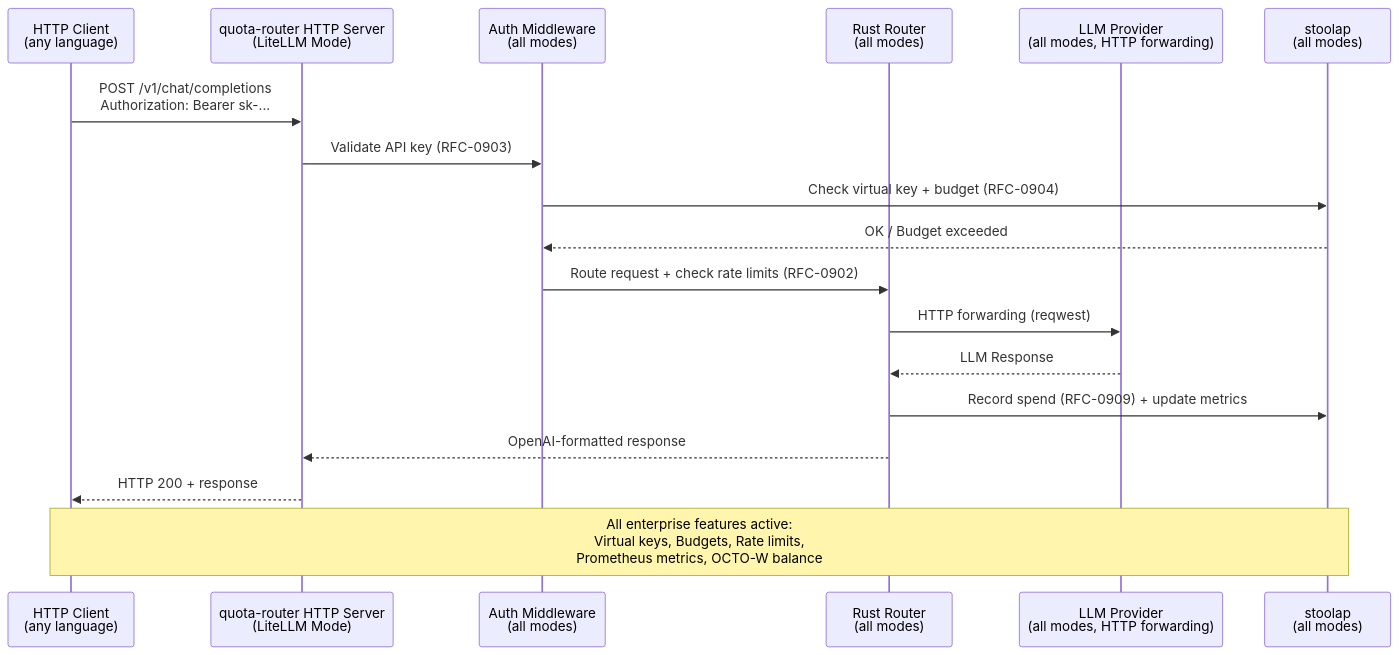
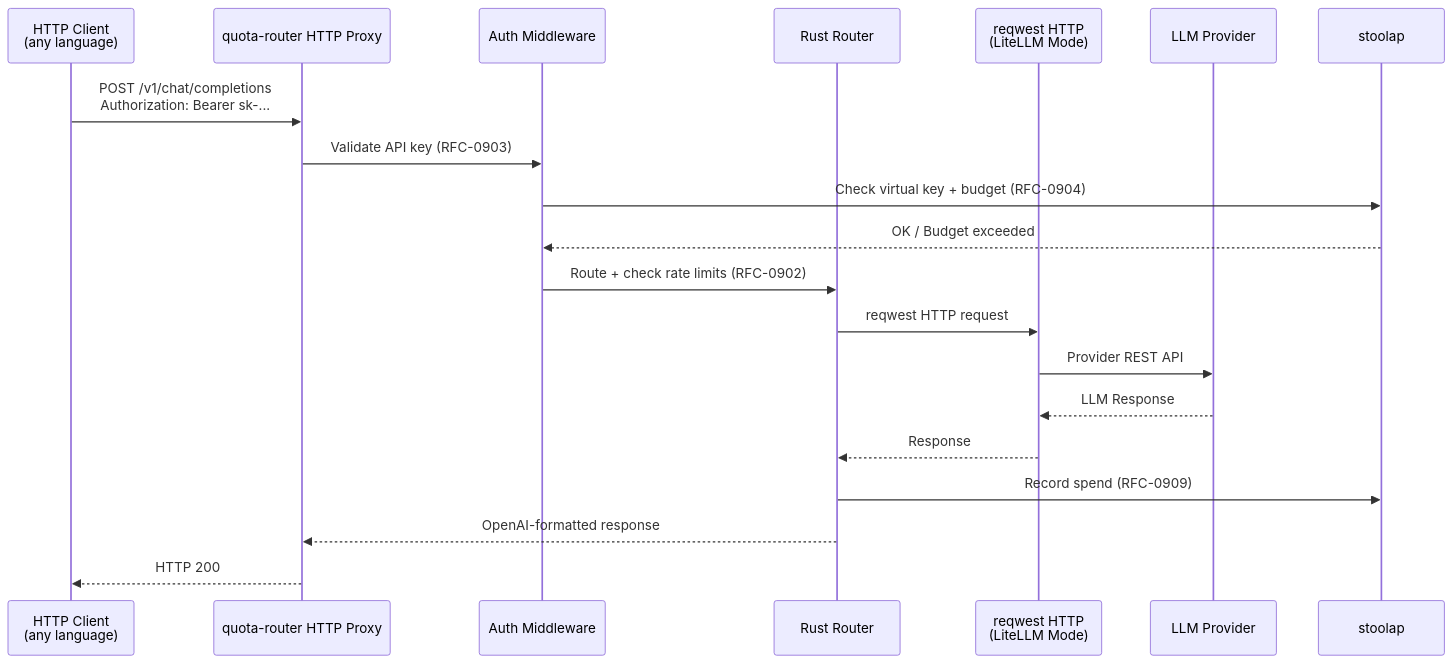
The second of 3 diagrams in rfcs/draft/economics/0917-dual-mode-query-router.md (CipherOcto/cipherocto), drawn with Mermaid before and after one commit. The commit also changed other lines of this file, not shown here.

````diff
--- a/rfcs/draft/economics/0917-dual-mode-query-router.md
+++ b/rfcs/draft/economics/0917-dual-mode-query-router.md
@@ -151,22 +219,23 @@
 ```mermaid
 sequenceDiagram
     participant Client as HTTP Client<br/>(any language)
-    participant Gateway as quota-router HTTP Server<br/>(LiteLLM Mode)
-    participant Auth as Auth Middleware<br/>(all modes)
-    participant Router as Rust Router<br/>(all modes)
-    participant Provider as LLM Provider<br/>(all modes, HTTP forwarding)
-    participant Storage as stoolap<br/>(all modes)
+    participant Gateway as quota-router HTTP Proxy
+    participant Auth as Auth Middleware
+    participant Router as Rust Router
+    participant HTTP as reqwest HTTP<br/>(LiteLLM Mode)
+    participant Provider as LLM Provider
+    participant Storage as stoolap
 
     Client->>Gateway: POST /v1/chat/completions<br/>Authorization: Bearer sk-...
     Gateway->>Auth: Validate API key (RFC-0903)
     Auth->>Storage: Check virtual key + budget (RFC-0904)
     Storage-->>Auth: OK / Budget exceeded
-    Auth->>Router: Route request + check rate limits (RFC-0902)
-    Router->>Provider: HTTP forwarding (reqwest)
-    Provider-->>Router: LLM Response
-    Router->>Storage: Record spend (RFC-0909) + update metrics
+    Auth->>Router: Route + check rate limits (RFC-0902)
+    Router->>HTTP: reqwest HTTP request
+    HTTP->>Provider: Provider REST API
+    Provider-->>HTTP: LLM Response
+    HTTP-->>Router: Response
+    Router->>Storage: Record spend (RFC-0909)
     Router-->>Gateway: OpenAI-formatted response
-    Gateway-->>Client: HTTP 200 + response
-
-    Note over Client,Storage: All enterprise features active:<br/>Virtual keys, Budgets, Rate limits,<br/>Prometheus metrics, OCTO-W balance
+    Gateway-->>Client: HTTP 200
 ```
````
